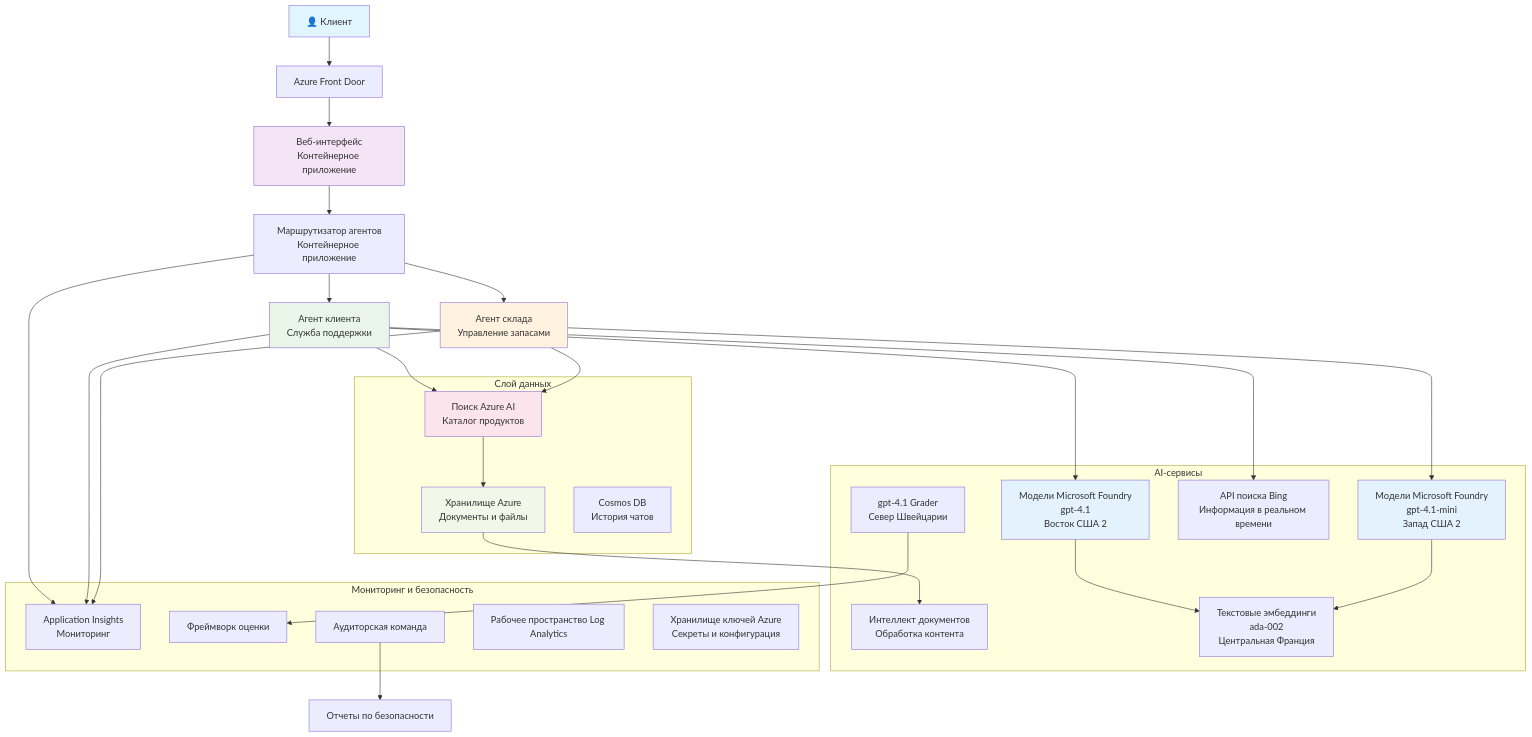
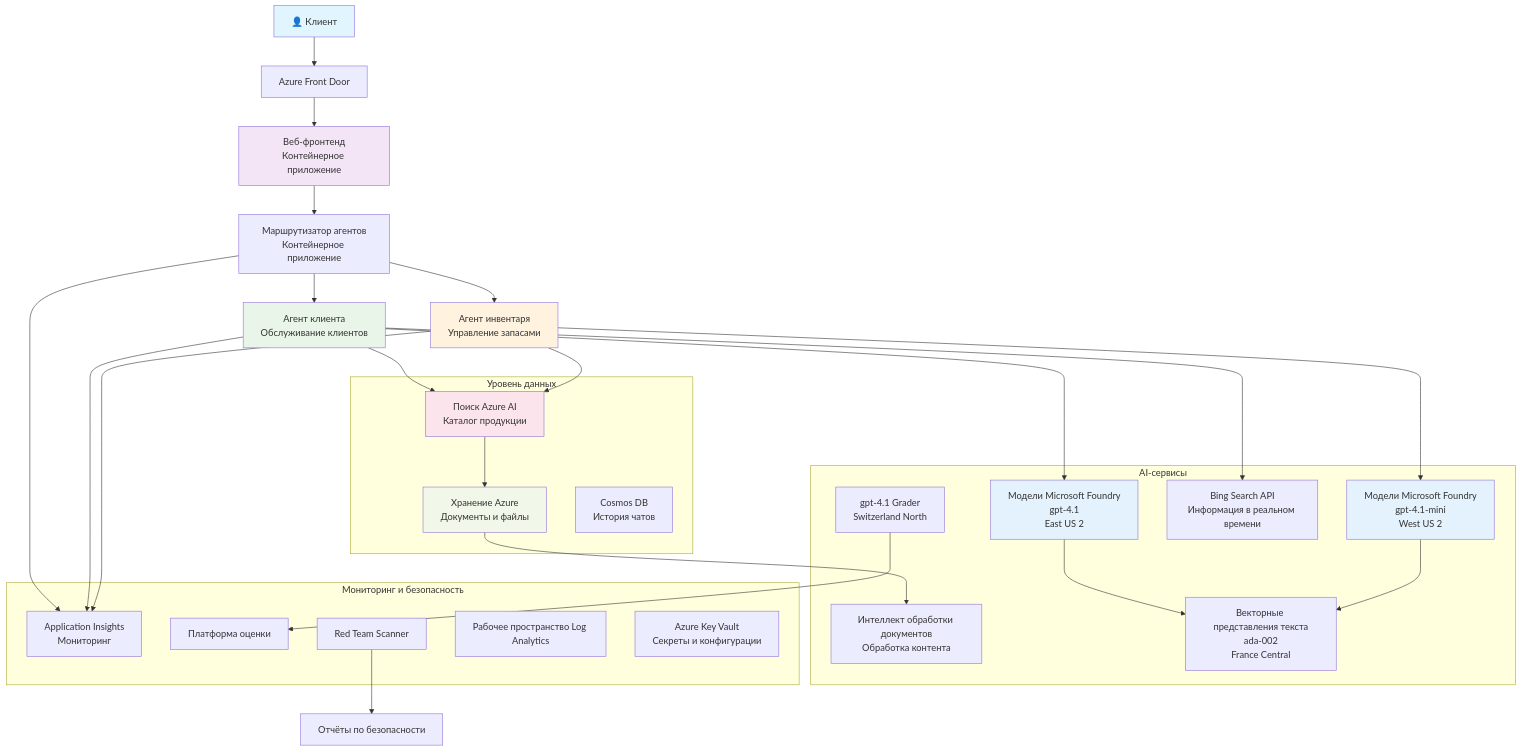
One commit to microsoft/AZD-for-beginners changed the diagram in translations/ru/examples/retail-scenario.md. Above: the diagram before and after it, drawn with Mermaid. The commit also changed other lines of this file and 104 other files, not shown here.

````diff
--- a/translations/ru/examples/retail-scenario.md
+++ b/translations/ru/examples/retail-scenario.md
@@ -139,61 +139,61 @@
 ```mermaid
 graph TB
     User[👤 Клиент] --> LB[Azure Front Door]
-    LB --> WebApp[Веб-интерфейс<br/>Контейнерное приложение]
+    LB --> WebApp[Веб-фронтенд<br/>Контейнерное приложение]
     
     WebApp --> Router[Маршрутизатор агентов<br/>Контейнерное приложение]
-    Router --> CustomerAgent[Агент клиента<br/>Служба поддержки]
-    Router --> InvAgent[Агент склада<br/>Управление запасами]
+    Router --> CustomerAgent[Агент клиента<br/>Обслуживание клиентов]
+    Router --> InvAgent[Агент инвентаря<br/>Управление запасами]
     
-    CustomerAgent --> OpenAI1[Модели Microsoft Foundry<br/>gpt-4.1<br/>Восток США 2]
-    InvAgent --> OpenAI2[Модели Microsoft Foundry<br/>gpt-4.1-mini<br/>Запад США 2]
+    CustomerAgent --> OpenAI1[Модели Microsoft Foundry<br/>gpt-4.1<br/>East US 2]
+    InvAgent --> OpenAI2[Модели Microsoft Foundry<br/>gpt-4.1-mini<br/>West US 2]
     
-    CustomerAgent --> AISearch[Поиск Azure AI<br/>Каталог продуктов]
-    CustomerAgent --> BingSearch[API поиска Bing<br/>Информация в реальном времени]
+    CustomerAgent --> AISearch[Поиск Azure AI<br/>Каталог продукции]
+    CustomerAgent --> BingSearch[Bing Search API<br/>Информация в реальном времени]
     InvAgent --> AISearch
     
-    AISearch --> Storage[Хранилище Azure<br/>Документы и файлы]
-    Storage --> DocIntel[Интеллект документов<br/>Обработка контента]
+    AISearch --> Storage[Хранение Azure<br/>Документы и файлы]
+    Storage --> DocIntel[Интеллект обработки документов<br/>Обработка контента]
     
-    OpenAI1 --> Embeddings[Текстовые эмбеддинги<br/>ada-002<br/>Центральная Франция]
+    OpenAI1 --> Embeddings[Векторные представления текста<br/>ada-002<br/>France Central]
     OpenAI2 --> Embeddings
     
     Router --> AppInsights[Application Insights<br/>Мониторинг]
     CustomerAgent --> AppInsights
     InvAgent --> AppInsights
     
-    GraderModel[gpt-4.1 Grader<br/>Север Швейцарии] --> Evaluation[Фреймворк оценки]
-    RedTeam[Аудиторская команда] --> SecurityReports[Отчеты по безопасности]
+    GraderModel[gpt-4.1 Grader<br/>Switzerland North] --> Evaluation[Платформа оценки]
+    RedTeam[Red Team Scanner] --> SecurityReports[Отчёты по безопасности]
     
-    subgraph "Слой данных"
+    subgraph "Уровень данных"
         Storage
         AISearch
         CosmosDB[Cosmos DB<br/>История чатов]
     end
     
     subgraph "AI-сервисы"
         OpenAI1
         OpenAI2
         Embeddings
         GraderModel
         DocIntel
         BingSearch
     end
     
     subgraph "Мониторинг и безопасность"
         AppInsights
         LogAnalytics[Рабочее пространство Log Analytics]
-        KeyVault[Хранилище ключей Azure<br/>Секреты и конфигурация]
+        KeyVault[Azure Key Vault<br/>Секреты и конфигурации]
         RedTeam
         Evaluation
     end
     
     style User fill:#e1f5fe
     style WebApp fill:#f3e5f5
     style CustomerAgent fill:#e8f5e8
     style InvAgent fill:#fff3e0
     style OpenAI1 fill:#e3f2fd
     style OpenAI2 fill:#e3f2fd
     style AISearch fill:#fce4ec
     style Storage fill:#f1f8e9
-```  
+```
````
